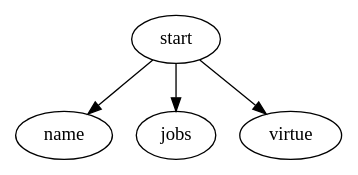
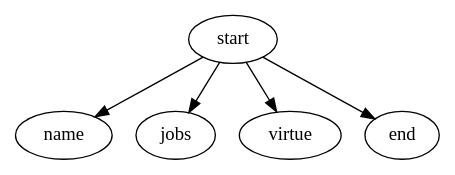
The first of 16 diagrams in docsrc/examples.adoc (jarikomppa/d3), drawn with Graphviz before and after one commit. The commit also changed other lines of this file and 2 other files, not shown here.

```diff
--- a/docsrc/examples.adoc
+++ b/docsrc/examples.adoc
@@ -7,9 +7,10 @@
 [graphviz, "simpledialogue", align="center"]
 ....
 digraph {
    orientation = portrait
    start -> name;
    start -> jobs;
    start -> virtue;
+   start -> end
 }
 ....
```
